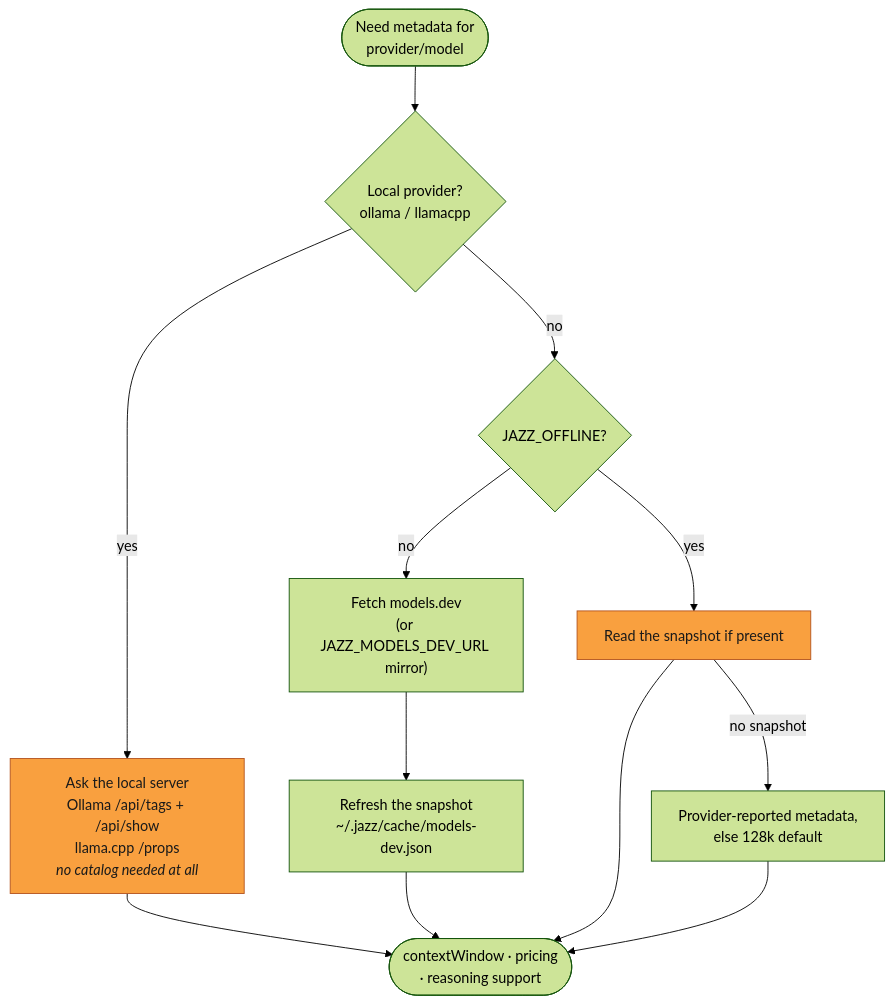
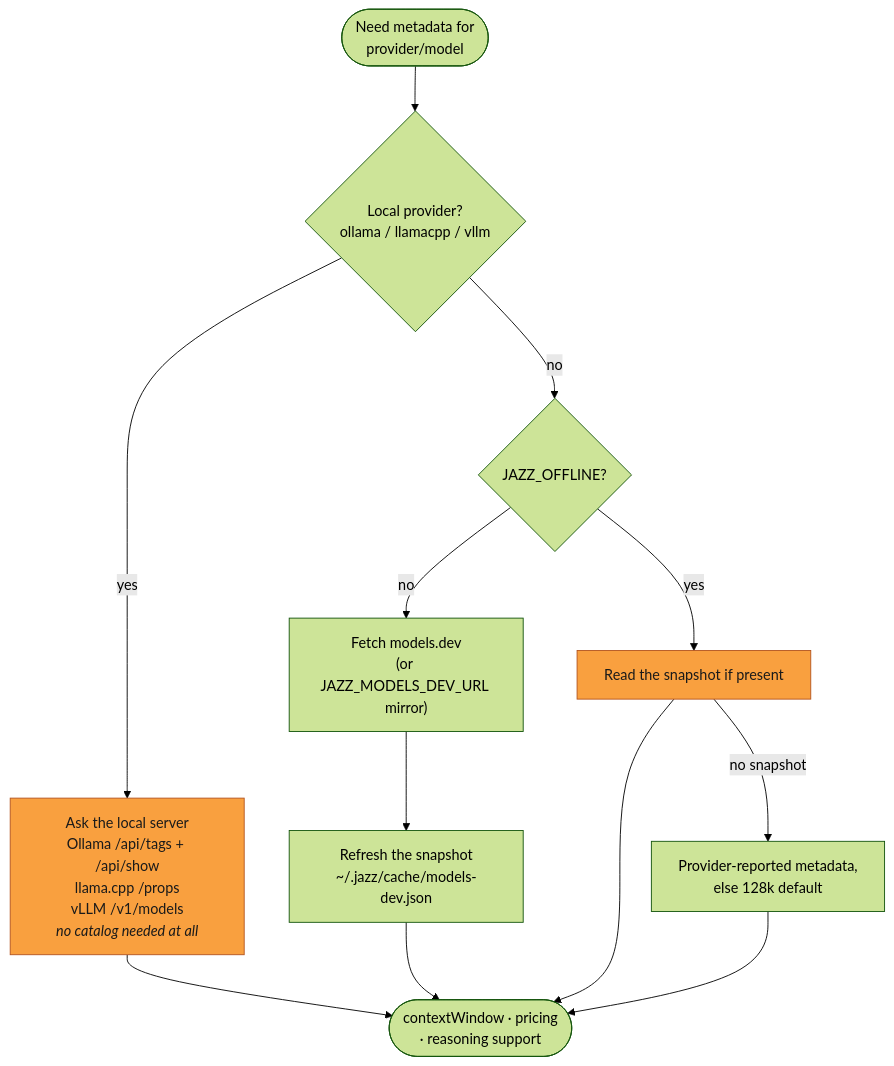
Before and after one commit to lvndry/jazz: the second of 3 diagrams in docs/maintainers/add-a-provider.md, drawn with Mermaid (forest theme). The commit also changed other lines of this file and 51 other files, not shown here.

Commit message:
feat(llm): add dedicated vllm provider (#658)

````diff
--- a/docs/maintainers/add-a-provider.md
+++ b/docs/maintainers/add-a-provider.md
@@ -71,21 +72,21 @@
 ```mermaid
 flowchart TD
-    NEED(["Need metadata for<br/>provider/model"]) --> LOCAL{"Local provider?<br/>ollama / llamacpp"}
+    NEED(["Need metadata for<br/>provider/model"]) --> LOCAL{"Local provider?<br/>ollama / llamacpp / vllm"}
 
-    LOCAL -->|yes| ASK["Ask the local server<br/>Ollama /api/tags + /api/show<br/>llama.cpp /props<br/><i>no catalog needed at all</i>"]
+    LOCAL -->|yes| ASK["Ask the local server<br/>Ollama /api/tags + /api/show<br/>llama.cpp /props<br/>vLLM /v1/models<br/><i>no catalog needed at all</i>"]
     LOCAL -->|no| OFF{"JAZZ_OFFLINE?"}
 
     OFF -->|no| FETCH["Fetch models.dev<br/>(or JAZZ_MODELS_DEV_URL mirror)"]
     FETCH --> SNAP["Refresh the snapshot<br/>~/.jazz/cache/models-dev.json"]
     OFF -->|yes| READ["Read the snapshot if present"]
 
     SNAP --> USE
     READ --> USE
     ASK --> USE
     READ -->|"no snapshot"| FALL["Provider-reported metadata,<br/>else 128k default"]
     FALL --> USE
     USE(["contextWindow · pricing<br/>· reasoning support"])
 
     classDef local fill:#f9a03f,stroke:#b3541e,color:#1a1a1a
     class ASK,READ local
 ```
````
